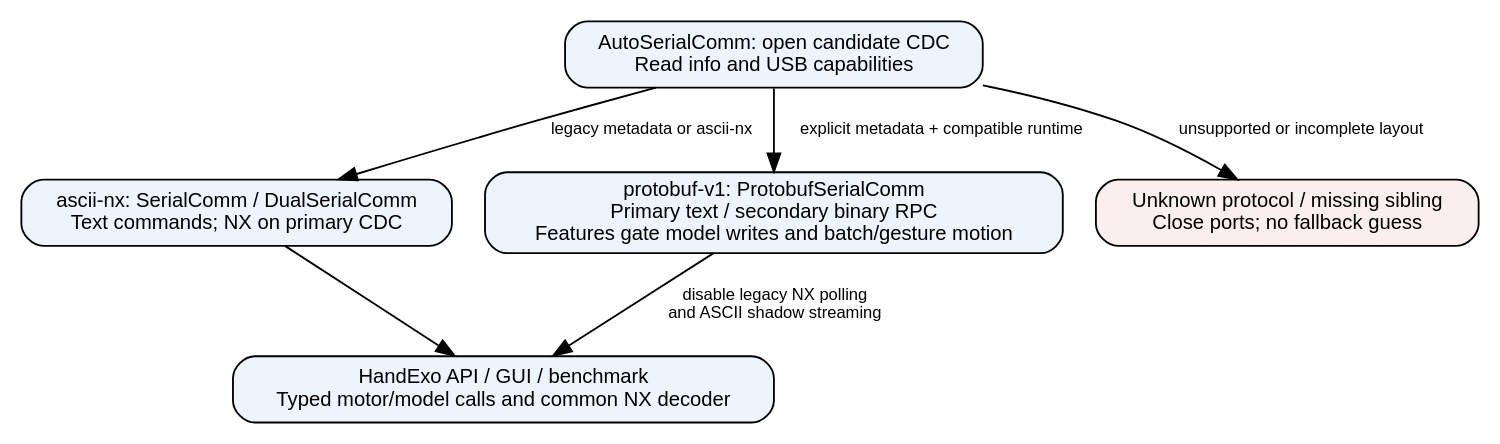
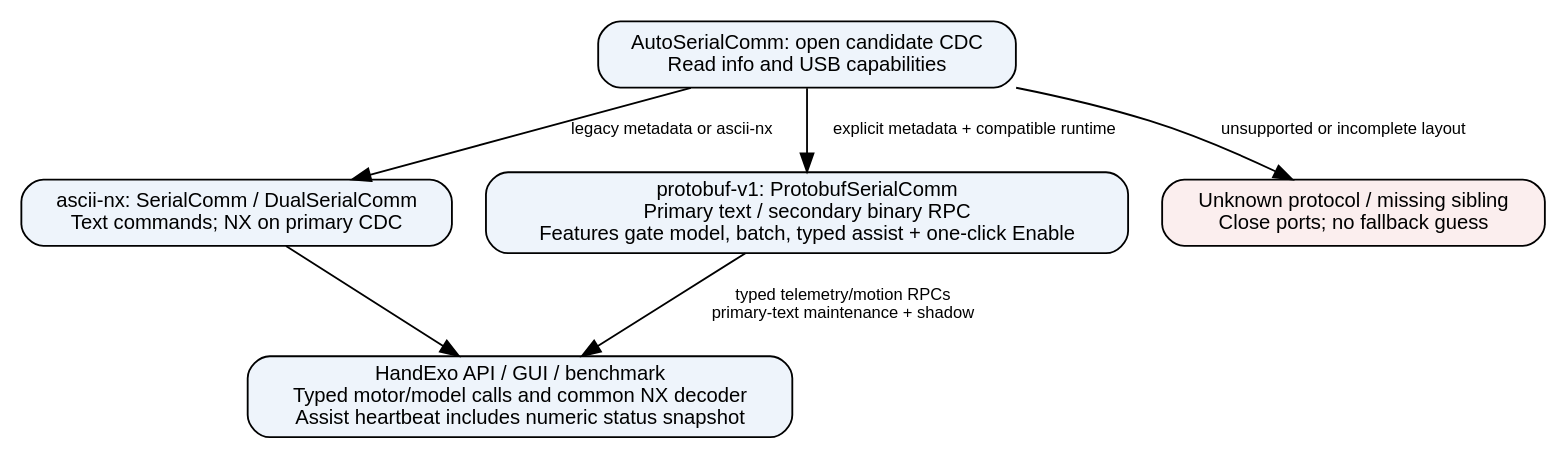
The diagram in docs/figures/usb_protocol_discovery.dot (Neuro-Mechatronics-Interfaces/NML_Hand_Exo), drawn with Graphviz before and after one commit. The commit also changed 74 other files, not shown here.

Commit message:
Trying to ensure all USB-CDC serial paths are properly mirrored for Dual-USB implementing protobuf

```diff
--- a/docs/figures/usb_protocol_discovery.dot
+++ b/docs/figures/usb_protocol_discovery.dot
@@ -1,15 +1,15 @@
 digraph usb_protocol {
   rankdir=TB;
   node [shape=box, style="rounded,filled", fillcolor="#eef4fb", fontname="Helvetica", fontsize=11];
   edge [fontname="Helvetica", fontsize=9];
   DISCOVER [label="AutoSerialComm: open candidate CDC\nRead info and USB capabilities"];
   LEGACY [label="ascii-nx: SerialComm / DualSerialComm\nText commands; NX on primary CDC"];
-  BINARY [label="protobuf-v1: ProtobufSerialComm\nPrimary text / secondary binary RPC\nFeatures gate model writes and batch/gesture motion"];
+  BINARY [label="protobuf-v1: ProtobufSerialComm\nPrimary text / secondary binary RPC\nFeatures gate model, batch, typed assist + one-click Enable"];
   REJECT [label="Unknown protocol / missing sibling\nClose ports; no fallback guess", fillcolor="#fbeeee"];
-  SDK [label="HandExo API / GUI / benchmark\nTyped motor/model calls and common NX decoder"];
+  SDK [label="HandExo API / GUI / benchmark\nTyped motor/model calls and common NX decoder\nAssist heartbeat includes numeric status snapshot"];
   DISCOVER -> LEGACY [label="legacy metadata or ascii-nx"];
   DISCOVER -> BINARY [label="explicit metadata + compatible runtime"];
   DISCOVER -> REJECT [label="unsupported or incomplete layout"];
   LEGACY -> SDK;
-  BINARY -> SDK [label="disable legacy NX polling\nand ASCII shadow streaming"];
+  BINARY -> SDK [label="typed telemetry/motion RPCs\nprimary-text maintenance + shadow"];
 }
```
